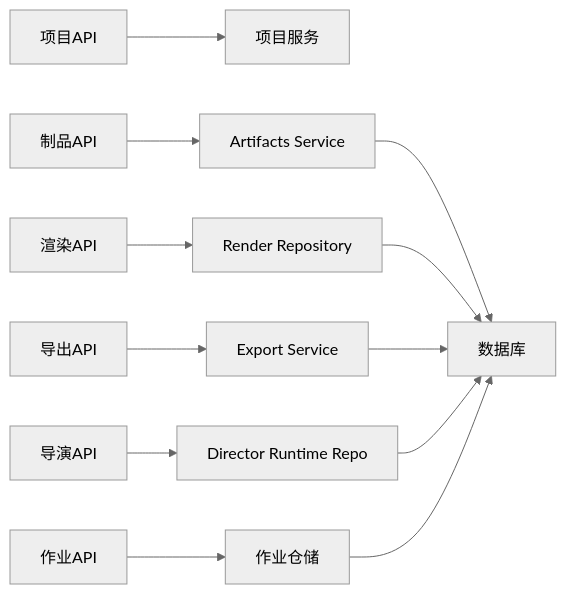
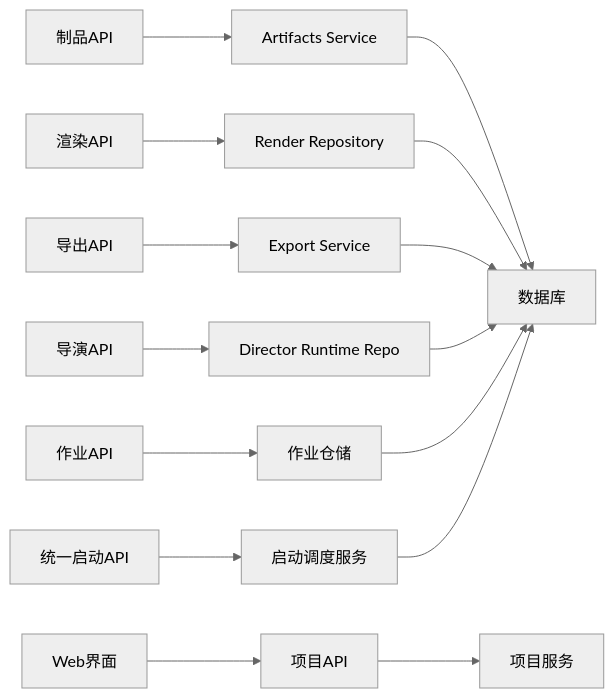
The ninth of 9 diagrams in .qoder/repowiki/zh/content/API参考/项目管理API.md (scottcwy/PurpleInk), drawn with Mermaid (neutral theme) before and after one commit. The commit also changed other lines of this file and 29 other files, not shown here.

````diff
--- a/.qoder/repowiki/zh/content/API参考/项目管理API.md
+++ b/.qoder/repowiki/zh/content/API参考/项目管理API.md
@@ -425,14 +516,17 @@
 ```mermaid
 graph LR
 APiProjects["项目API"] --> SvcProjects["项目服务"]
+APiStart["统一启动API"] --> SvcStartup["启动调度服务"]
 APiArtifacts["制品API"] --> SvcArtifacts["Artifacts Service"]
 APiRender["渲染API"] --> SvcRender["Render Repository"]
 APiExport["导出API"] --> SvcExport["Export Service"]
 APiDirector["导演API"] --> SvcRuntime["Director Runtime Repo"]
 APiJobs["作业API"] --> SvcJobs["作业仓储"]
+WebUI["Web界面"] --> APiProjects
 SvcArtifacts --> DB["数据库"]
 SvcRender --> DB
 SvcExport --> DB
 SvcRuntime --> DB
 SvcJobs --> DB
+SvcStartup --> DB
 ```
````
